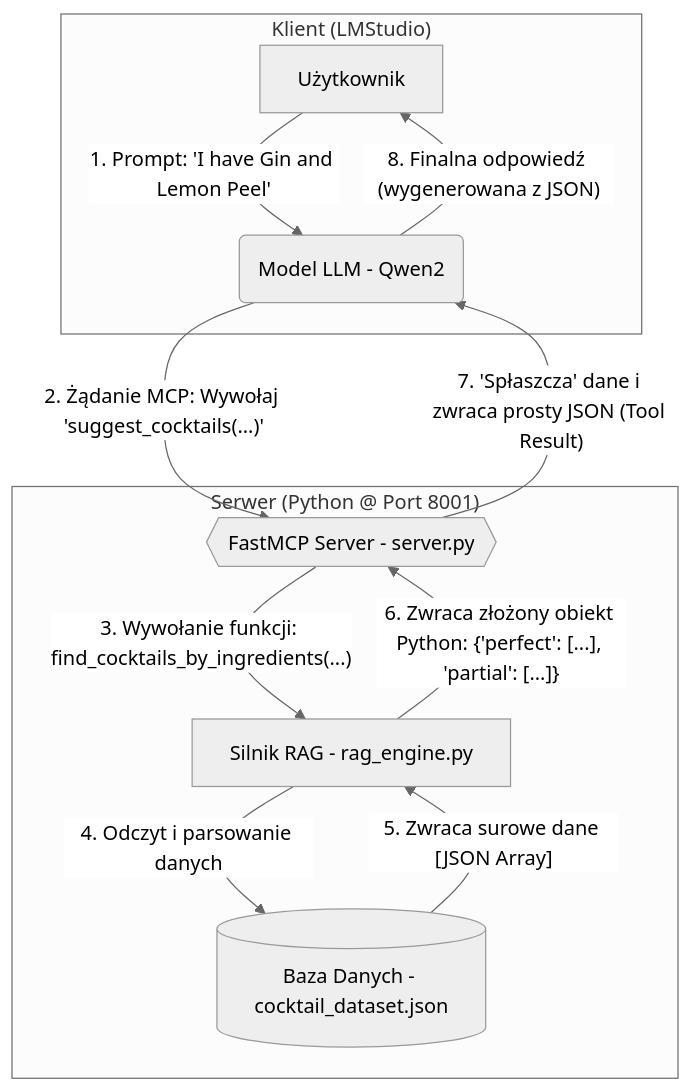
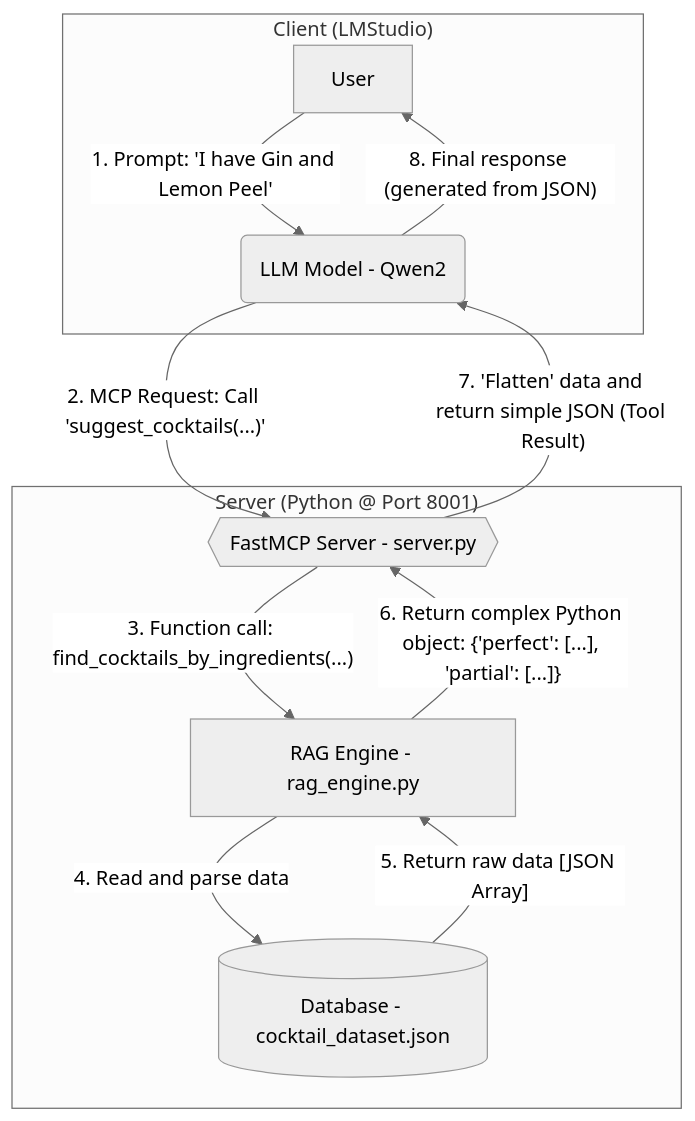
The first of 2 diagrams in README.md (xVarmondx/fastmcp-cocktail-rag), drawn with Mermaid (neutral theme) before and after one commit. The commit also changed other lines of this file, not shown here.

````diff
--- a/README.md
+++ b/README.md
@@ -74,20 +75,21 @@
 ```mermaid
 graph TD
-    subgraph "Klient (LMStudio)"
-        A[Użytkownik] -- 1. Prompt: 'I have Gin and Lemon Peel' --> B(Model LLM - Qwen2);
-        B -- 8. Finalna odpowiedź (wygenerowana z JSON) --> A;
+    subgraph "Client (LMStudio)"
+        A[User] -- 1. Prompt: 'I have Gin and Lemon Peel' --> B(LLM Model - Qwen2);
+        B -- 8. Final response (generated from JSON) --> A;
     end
 
-    subgraph "Serwer (Python @ Port 8001)"
+    subgraph "Server (Python @ Port 8001)"
         C{{FastMCP Server - server.py}};
-        D[Silnik RAG - rag_engine.py];
-        E[(Baza Danych - cocktail_dataset.json)];
+        D[RAG Engine - rag_engine.py];
+        E[(Database - cocktail_dataset.json)];
     end
 
-    B -- 2. Żądanie MCP: Wywołaj 'suggest_cocktails(...)' --> C;
-    C -- 3. Wywołanie funkcji: find_cocktails_by_ingredients(...) --> D;
-    D -- 4. Odczyt i parsowanie danych --> E;
-    E -- 5. Zwraca surowe dane [JSON Array] --> D;
-    D -- 6. Zwraca złożony obiekt Python: {'perfect': [...], 'partial': [...]} --> C;
-    C -- 7. 'Spłaszcza' dane i zwraca prosty JSON (Tool Result) --> B;
+    B -- 2. MCP Request: Call 'suggest_cocktails(...)' --> C;
+    C -- 3. Function call: find_cocktails_by_ingredients(...) --> D;
+    D -- 4. Read and parse data --> E;
+    E -- 5. Return raw data [JSON Array] --> D;
+    D -- 6. Return complex Python object: {'perfect': [...], 'partial': [...]} --> C;
+    C -- 7. 'Flatten' data and return simple JSON (Tool Result) --> B;
+
 ```
````
